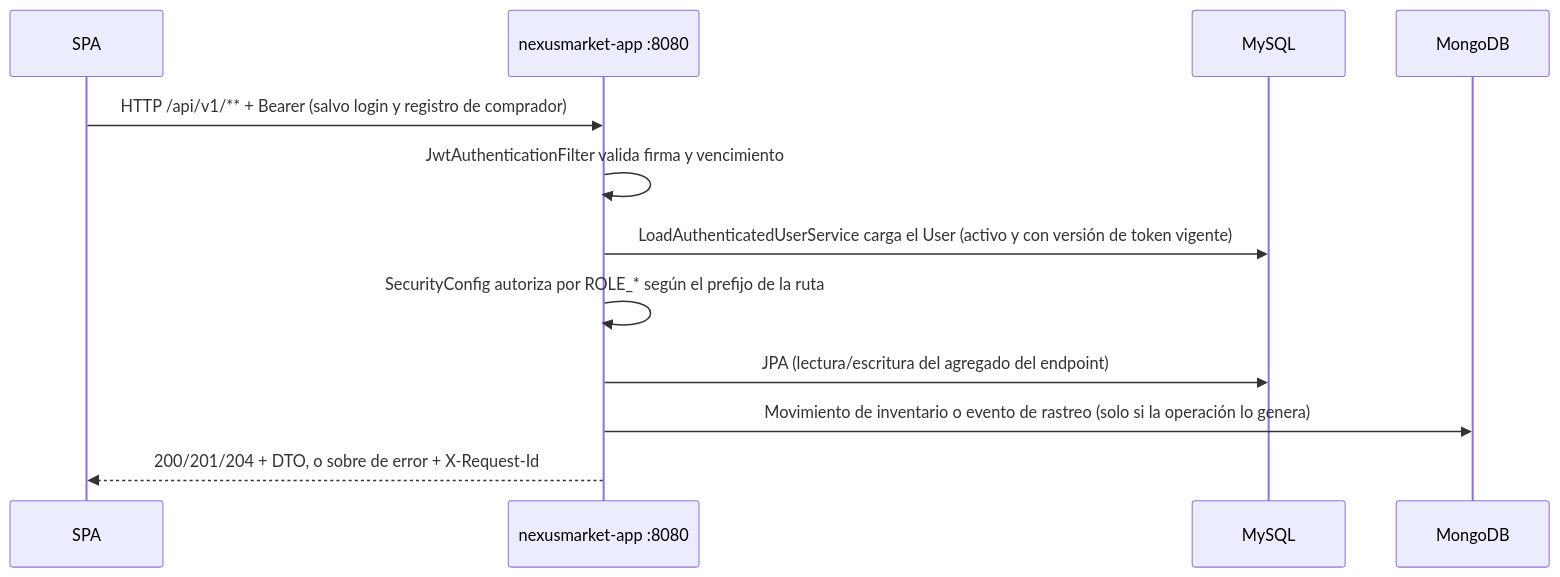
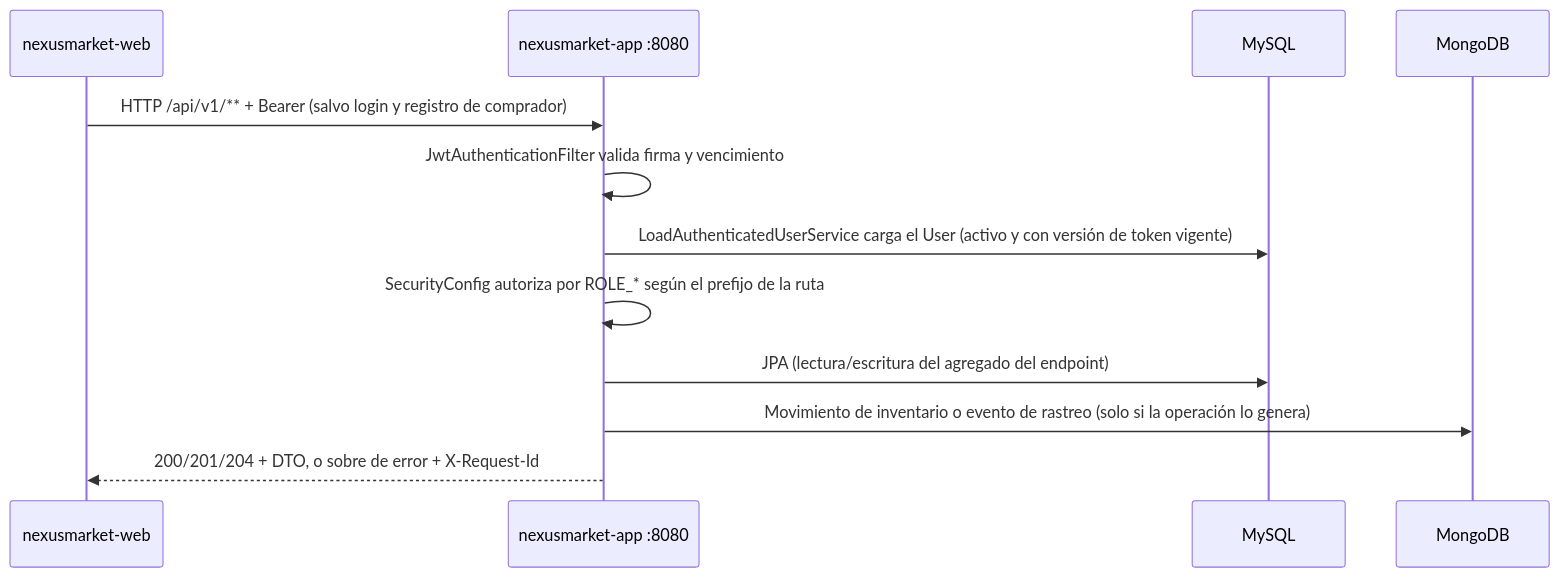
One commit to luchoramirez9907/CS2 changed the second of 2 diagrams in SDD/C4/02-nivel-2-contenedores.md. Above: the diagram before and after it, drawn with Mermaid. The commit also changed other lines of this file and 99 other files, not shown here.

````diff
--- a/SDD/C4/02-nivel-2-contenedores.md
+++ b/SDD/C4/02-nivel-2-contenedores.md
@@ -46,14 +46,14 @@
 ```mermaid
 sequenceDiagram
-    participant SPA as SPA
+    participant SPA as nexusmarket-web
     participant APP as nexusmarket-app :8080
     participant MY as MySQL
     participant MO as MongoDB
     SPA->>APP: HTTP /api/v1/** + Bearer (salvo login y registro de comprador)
     APP->>APP: JwtAuthenticationFilter valida firma y vencimiento
     APP->>MY: LoadAuthenticatedUserService carga el User (activo y con versión de token vigente)
     APP->>APP: SecurityConfig autoriza por ROLE_* según el prefijo de la ruta
     APP->>MY: JPA (lectura/escritura del agregado del endpoint)
     APP->>MO: Movimiento de inventario o evento de rastreo (solo si la operación lo genera)
     APP-->>SPA: 200/201/204 + DTO, o sobre de error + X-Request-Id
 ```
````
